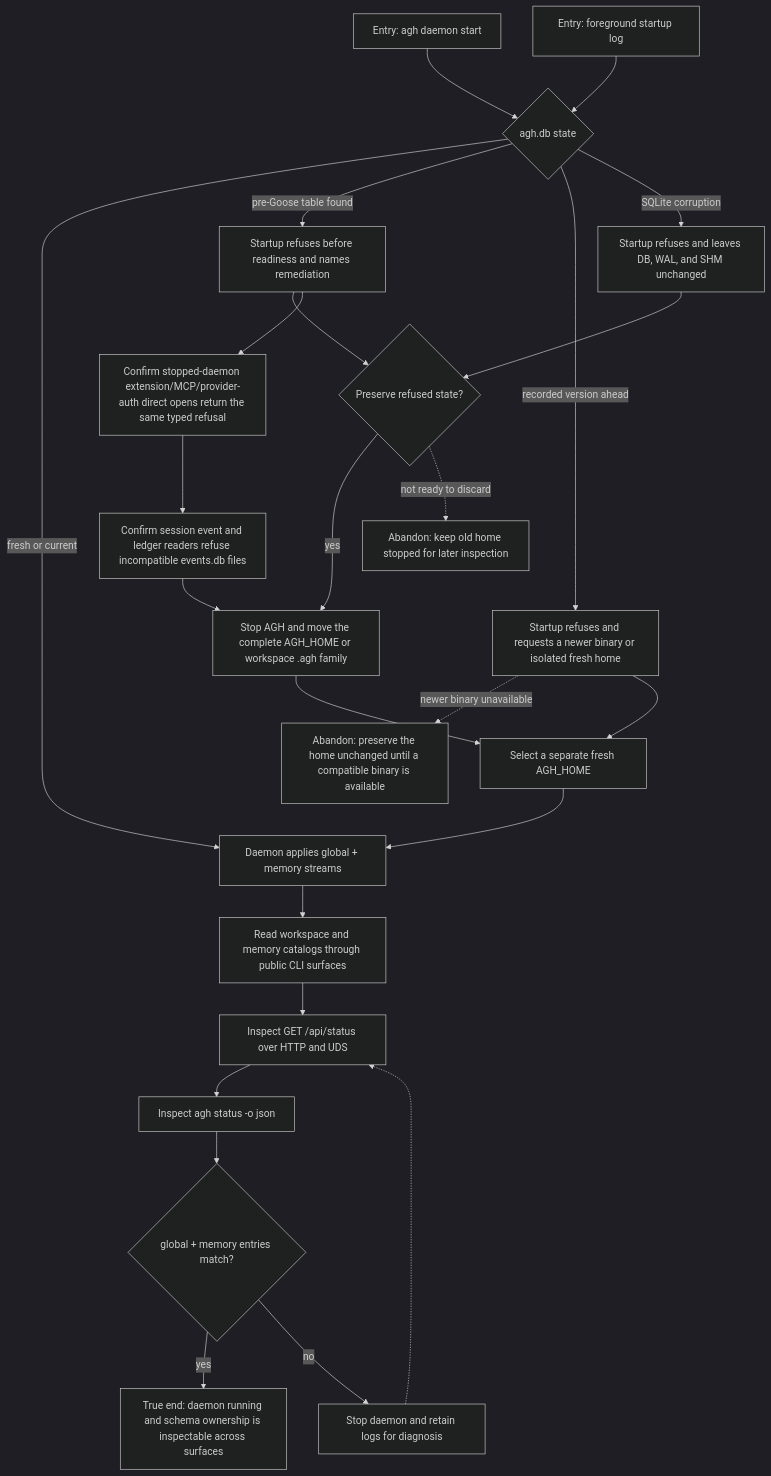
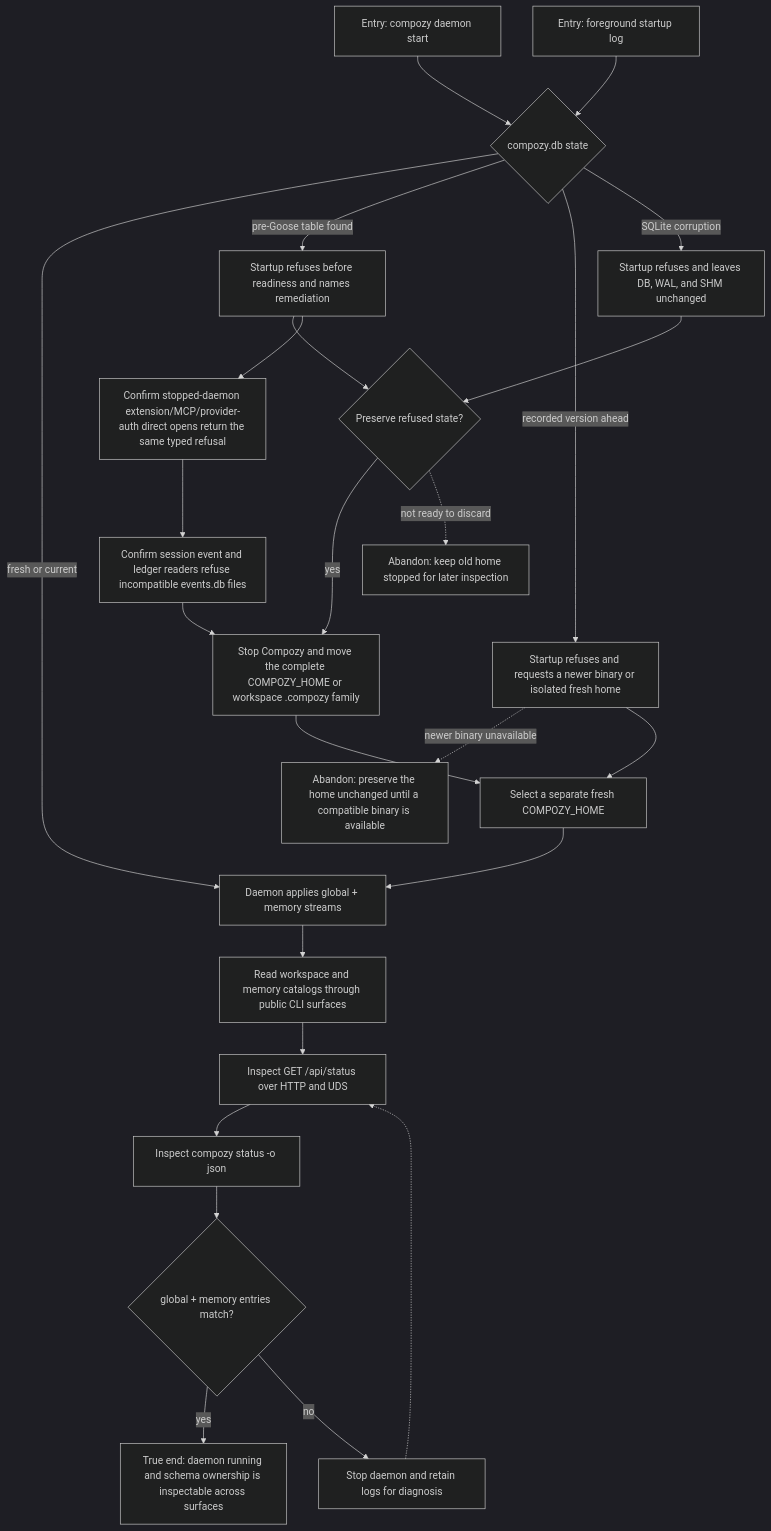
One commit to compozy/compozy changed the diagram in docs/qa/journeys/J-operate-daemon-schema.md. Above: the diagram before and after it, drawn with Mermaid (dark theme). The commit also changed other lines of this file and 831 other files, not shown here.

````diff
--- a/docs/qa/journeys/J-operate-daemon-schema.md
+++ b/docs/qa/journeys/J-operate-daemon-schema.md
@@ -6,27 +6,27 @@
 ```mermaid
 flowchart TD
-    C1[Entry: agh daemon start] --> DB{agh.db state}
+    C1[Entry: compozy daemon start] --> DB{compozy.db state}
     C2[Entry: foreground startup log] --> DB
     DB -->|fresh or current| BOOT[Daemon applies global + memory streams]
     DB -->|pre-Goose table found| REFUSE[Startup refuses before readiness and names remediation]
     DB -->|recorded version ahead| AHEAD[Startup refuses and requests a newer binary or isolated fresh home]
     DB -->|SQLite corruption| CORRUPT[Startup refuses and leaves DB, WAL, and SHM unchanged]
     REFUSE --> CHOICE{Preserve refused state?}
     CORRUPT --> CHOICE
-    CHOICE -->|yes| BACKUP[Stop AGH and move the complete AGH_HOME or workspace .agh family]
+    CHOICE -->|yes| BACKUP[Stop Compozy and move the complete COMPOZY_HOME or workspace .compozy family]
     CHOICE -.->|not ready to discard| ABANDON[Abandon: keep old home stopped for later inspection]
     REFUSE --> DIRECT[Confirm stopped-daemon extension/MCP/provider-auth direct opens return the same typed refusal]
     DIRECT --> SESSIONREAD[Confirm session event and ledger readers refuse incompatible events.db files]
     SESSIONREAD --> BACKUP
     AHEAD -.->|newer binary unavailable| ABANDONAHEAD[Abandon: preserve the home unchanged until a compatible binary is available]
-    AHEAD --> FRESH[Select a separate fresh AGH_HOME]
+    AHEAD --> FRESH[Select a separate fresh COMPOZY_HOME]
     FRESH --> BOOT
     BACKUP --> FRESH
     BOOT --> DOMAINS[Read workspace and memory catalogs through public CLI surfaces]
     DOMAINS --> STATUS[Inspect GET /api/status over HTTP and UDS]
-    STATUS --> CLI[Inspect agh status -o json]
+    STATUS --> CLI[Inspect compozy status -o json]
     CLI --> MATCH{global + memory entries match?}
     MATCH -->|yes| END[True end: daemon running and schema ownership is inspectable across surfaces]
     MATCH -->|no| STOP[Stop daemon and retain logs for diagnosis]
     STOP -.-> STATUS
 ```
````
